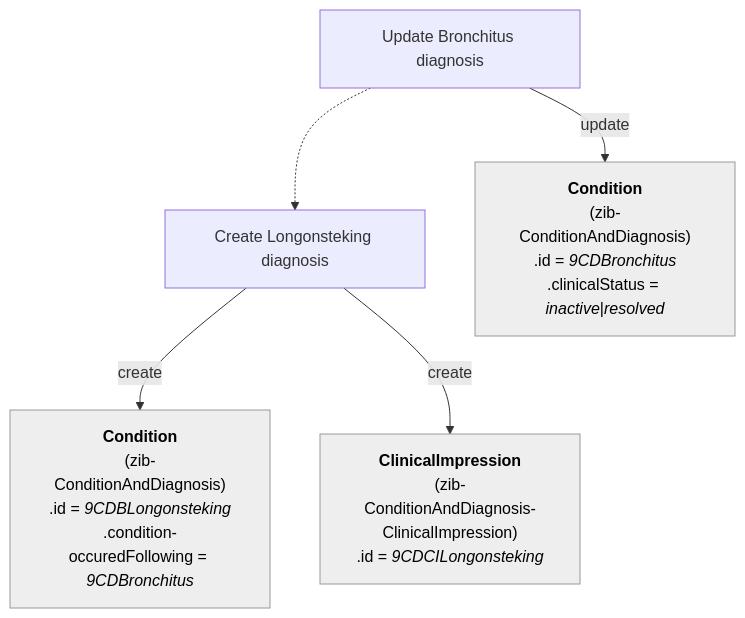
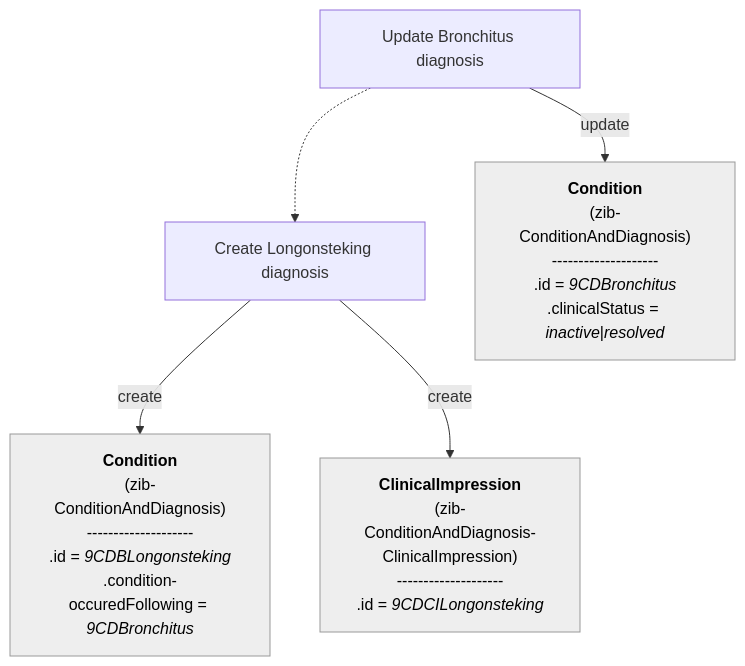
Diagram 12 of 16 in documentation/Condition-Diagnosis-Symptom.md (Nictiz/Nictiz-R4-zib2024), drawn with Mermaid before and after one commit. The commit also changed other lines of this file, not shown here.

````diff
--- a/documentation/Condition-Diagnosis-Symptom.md
+++ b/documentation/Condition-Diagnosis-Symptom.md
@@ -342,36 +425,39 @@
 ```mermaid
 flowchart TB
 
 UpdateDiagnosis_A["`Update Bronchitus diagnosis`"]
 CreateDiagnosis_B["`Create Longonsteking diagnosis`"]
 
 UpdateDiagnosis_A -.-> CreateDiagnosis_B
 
     CD_Bronchitus["`
             **Condition**
             (zib-ConditionAndDiagnosis)
+            --------------------
             .id = _9CDBronchitus_
             .clinicalStatus = _inactive_|_resolved_
         `"] 
     CD_Longonsteking["`
             **Condition**
             (zib-ConditionAndDiagnosis)
+            --------------------
             .id = _9CDBLongonsteking_
             .condition-occuredFollowing = _9CDBronchitus_
         `"] 
     CDCI_Longonsteking["`
         **ClinicalImpression**
         (zib-ConditionAndDiagnosis-ClinicalImpression)
+        --------------------
         .id = _9CDCILongonsteking_
         `"] 
    
     CD_Bronchitus:::Ash
     CD_Longonsteking:::Ash
     CDCI_Longonsteking:::Ash
     classDef Ash stroke-width:1px, stroke-dasharray:none, stroke:#999999, fill:#EEEEEE, color:#000000
 
 UpdateDiagnosis_A -- update --> CD_Bronchitus
 CreateDiagnosis_B -- create --> CD_Longonsteking
 CreateDiagnosis_B -- create --> CDCI_Longonsteking
 
 ```
````
